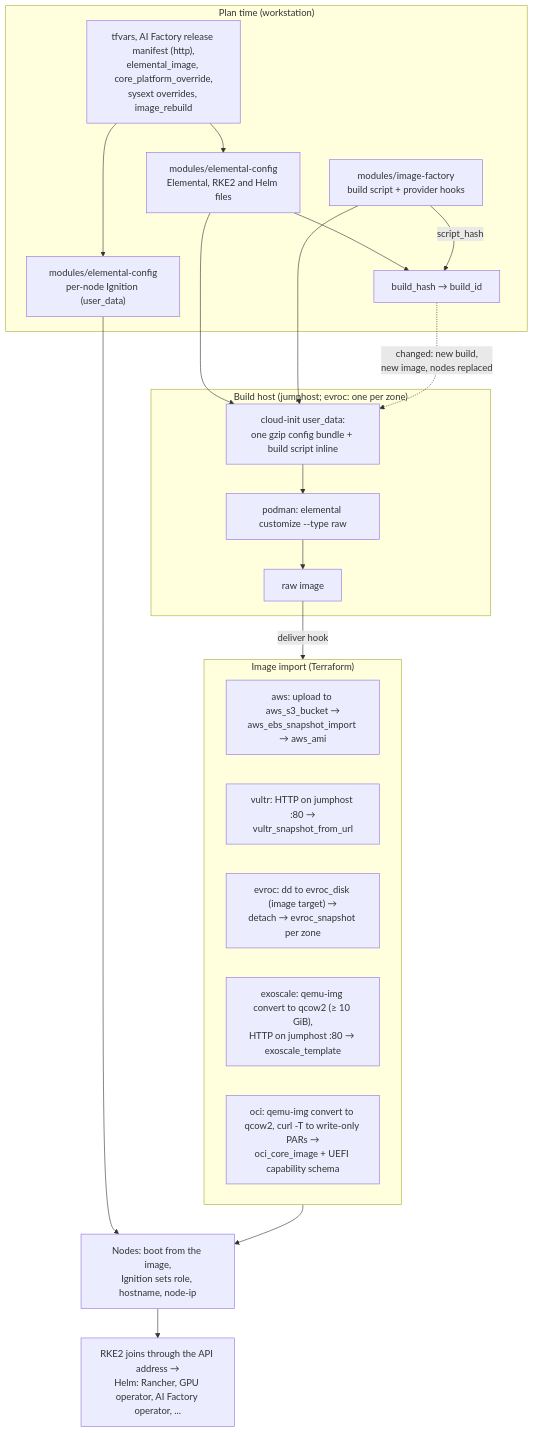
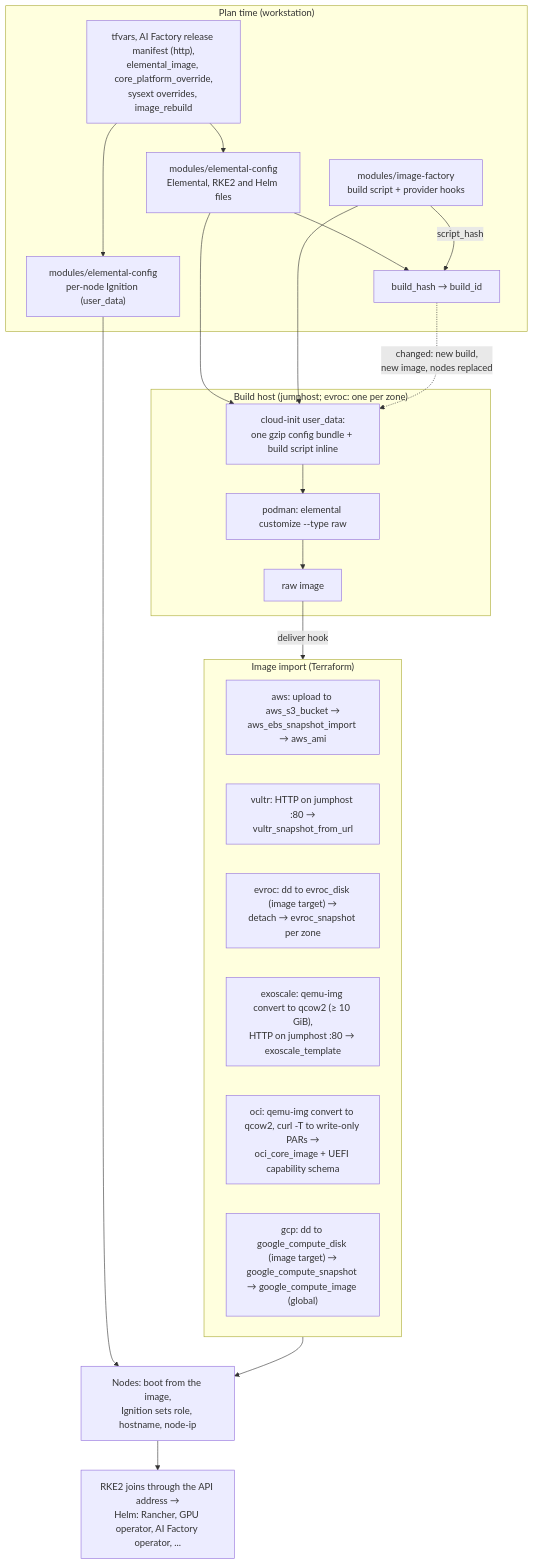
Before and after one commit to e-minguez/suse-ai-factory-cloud-providers: the second of 16 diagrams in docs/architecture.md, drawn with Mermaid. The commit also changed other lines of this file and 116 other files, not shown here.

First line of the commit message:
feat(gcp): Google Cloud provider (#74)

````diff
--- a/docs/architecture.md
+++ b/docs/architecture.md
@@ -37,39 +37,40 @@
 ```mermaid
 flowchart TD
     subgraph plan_time ["Plan time (workstation)"]
         inputs["tfvars, AI Factory release manifest (http),<br/>elemental_image, core_platform_override,<br/>sysext overrides, image_rebuild"]
         ec["modules/elemental-config<br/>Elemental, RKE2 and Helm files"]
         ign["modules/elemental-config<br/>per-node Ignition (user_data)"]
         hash["build_hash → build_id"]
         fac["modules/image-factory<br/>build script + provider hooks"]
         inputs --> ec
         ec --> hash
         fac -- "script_hash" --> hash
         inputs --> ign
     end
 
     subgraph build_host ["Build host (jumphost; evroc: one per zone)"]
         ud["cloud-init user_data:<br/>one gzip config bundle + build script inline"]
         cust["podman: elemental customize --type raw"]
         raw["raw image"]
         ud --> cust --> raw
     end
 
     ec --> ud
     fac --> ud
     hash -. "changed: new build,<br/>new image, nodes replaced" .-> ud
 
     raw -- "deliver hook" --> deliver
 
     subgraph deliver ["Image import (Terraform)"]
         aws["aws: upload to aws_s3_bucket →<br/>aws_ebs_snapshot_import → aws_ami"]
         vultr["vultr: HTTP on jumphost :80 →<br/>vultr_snapshot_from_url"]
         evroc["evroc: dd to evroc_disk (image target) →<br/>detach → evroc_snapshot per zone"]
         exoscale["exoscale: qemu-img convert to qcow2 (≥ 10 GiB),<br/>HTTP on jumphost :80 → exoscale_template"]
         oci["oci: qemu-img convert to qcow2, curl -T to write-only PARs →<br/>oci_core_image + UEFI capability schema"]
+        gcp["gcp: dd to google_compute_disk (image target) →<br/>google_compute_snapshot → google_compute_image (global)"]
     end
 
     deliver --> nodes["Nodes: boot from the image,<br/>Ignition sets role, hostname, node-ip"]
     ign --> nodes
     nodes --> rke2["RKE2 joins through the API address →<br/>Helm: Rancher, GPU operator, AI Factory operator, ..."]
 ```
````
